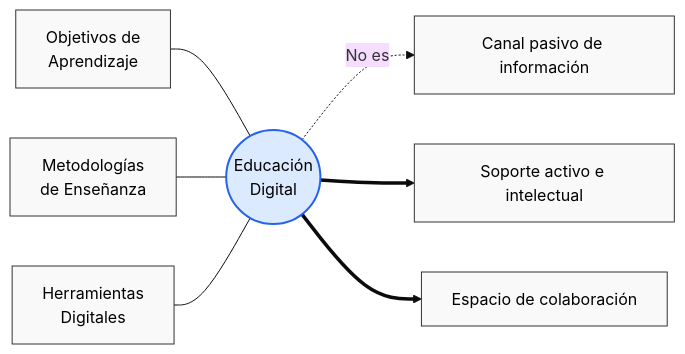
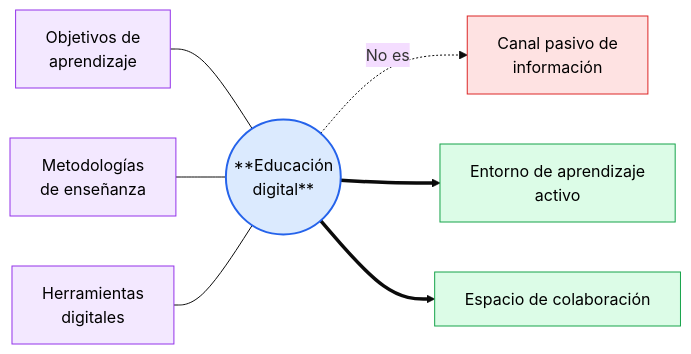
One commit to arqueon/aprendizaje-ia changed the first of 2 diagrams in content/ia-educacion/que-es-la-educacion-digital/index.md. Above: the diagram before and after it, drawn with Mermaid (base theme). The commit also changed other lines of this file and 1 other file, not shown here.

Commit message:
feat: add .clinerules for style and formatting, and update content/ia-educacion/que-es-la-educacion-digital/index.md to align with new guidelines

```diff
--- a/content/ia-educacion/que-es-la-educacion-digital/index.md
+++ b/content/ia-educacion/que-es-la-educacion-digital/index.md
@@ -18,14 +18,21 @@
 {{< mermaid >}}
 flowchart LR
-    A[Objetivos de<br/>Aprendizaje] --- D((Educación<br/>Digital))
-    B[Metodologías<br/>de Enseñanza] --- D
-    C[Herramientas<br/>Digitales] --- D
+    A[Objetivos de<br/> aprendizaje] --- D((**Educación<br/> digital**))
+    B[Metodologías<br/> de enseñanza] --- D
+    C[Herramientas<br/>digitales] --- D
     
-    D -.No es.-> E[Canal pasivo de información]
-    D ==> F[Soporte activo e intelectual]
+    D -.No es.-> E[Canal pasivo de<br/> información]
+    D ==> F[Entorno de aprendizaje<br/> activo]
     D ==> G[Espacio de colaboración]
     
     classDef default fill:#f9f9f9,stroke:#333,stroke-width:1px,color:#000;
     classDef core fill:#dbeafe,stroke:#2563eb,stroke-width:2px,color:#000;
+    classDef input fill:#f3e8ff,stroke:#9333ea,stroke-width:1px,color:#000;
+    classDef negative fill:#fee2e2,stroke:#dc2626,stroke-width:1px,color:#000;
+    classDef positive fill:#dcfce7,stroke:#16a34a,stroke-width:1px,color:#000;
+    
+    class A,B,C input;
     class D core;
+    class E negative;
+    class F,G positive;
 {{< /mermaid >}}
```
